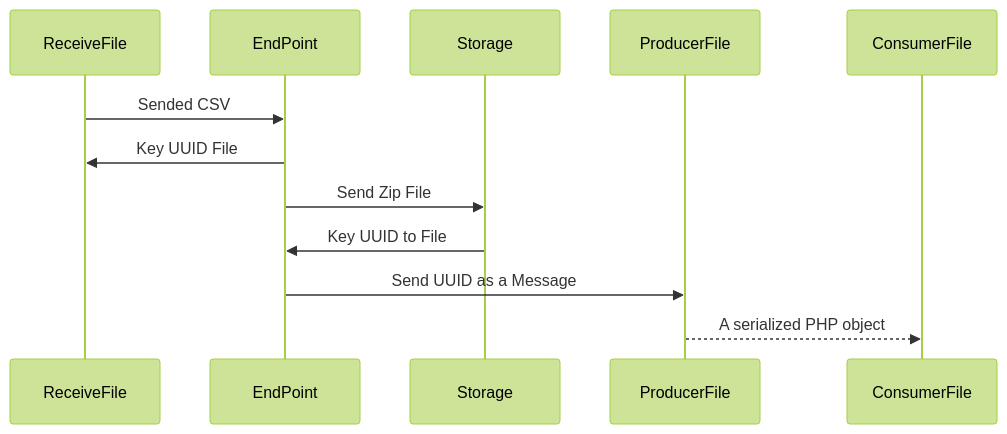
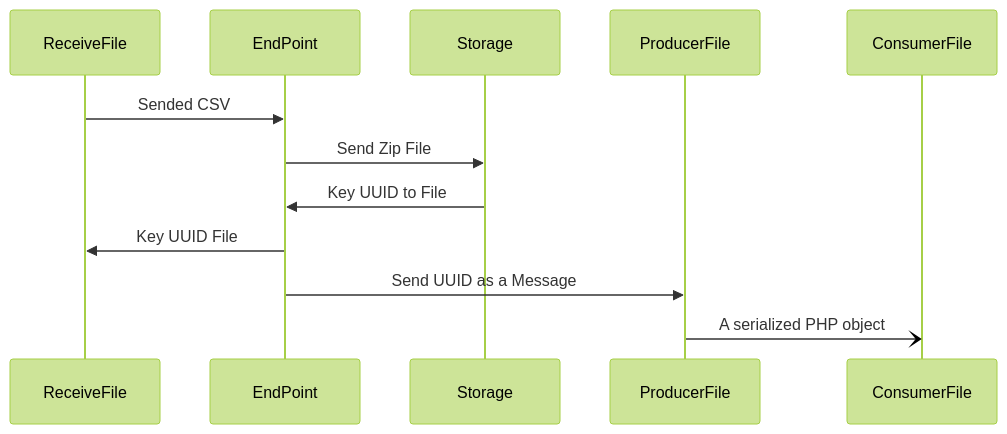
The diagram in README.md (fatorx/app-billing), drawn with Mermaid (forest theme) before and after one commit.

Commit message:
wip: updated readme - sequence

`````diff
--- a/README.md
+++ b/README.md
@@ -23,9 +23,9 @@
 ```mermaid
     sequenceDiagram
     ReceiveFile ->> EndPoint: Sended CSV
-    EndPoint ->> ReceiveFile: Key UUID File
     EndPoint ->> Storage: Send Zip File
     Storage ->> EndPoint: Key UUID to File
+    EndPoint ->> ReceiveFile: Key UUID File
     EndPoint ->> ProducerFile: Send UUID as a Message
-    ProducerFile -->> ConsumerFile: A serialized PHP object
+    ProducerFile -) ConsumerFile: A serialized PHP object
 ````
`````
